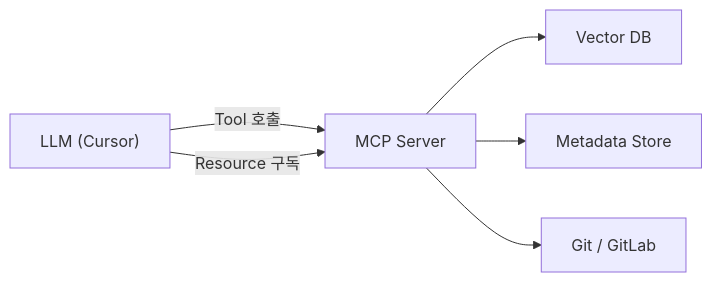
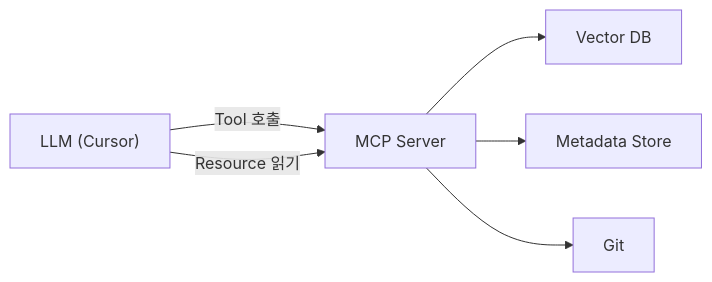
The diagram in docs/cr-rag-mcp/05-mcp-interface.md (Doosies/logseq_time_tracker), drawn with Mermaid before and after one commit. The commit also changed other lines of this file and 11 other files, not shown here.

````diff
--- a/docs/cr-rag-mcp/05-mcp-interface.md
+++ b/docs/cr-rag-mcp/05-mcp-interface.md
@@ -7,14 +9,14 @@
 ```mermaid
 flowchart LR
     LLM["LLM (Cursor)"]
     MCP["MCP Server"]
     VDB["Vector DB"]
     Meta["Metadata Store"]
-    Git["Git / GitLab"]
+    Git["Git"]
 
     LLM -->|"Tool 호출"| MCP
-    LLM -->|"Resource 구독"| MCP
+    LLM -->|"Resource 읽기"| MCP
     MCP --> VDB
     MCP --> Meta
     MCP --> Git
 ```
````
